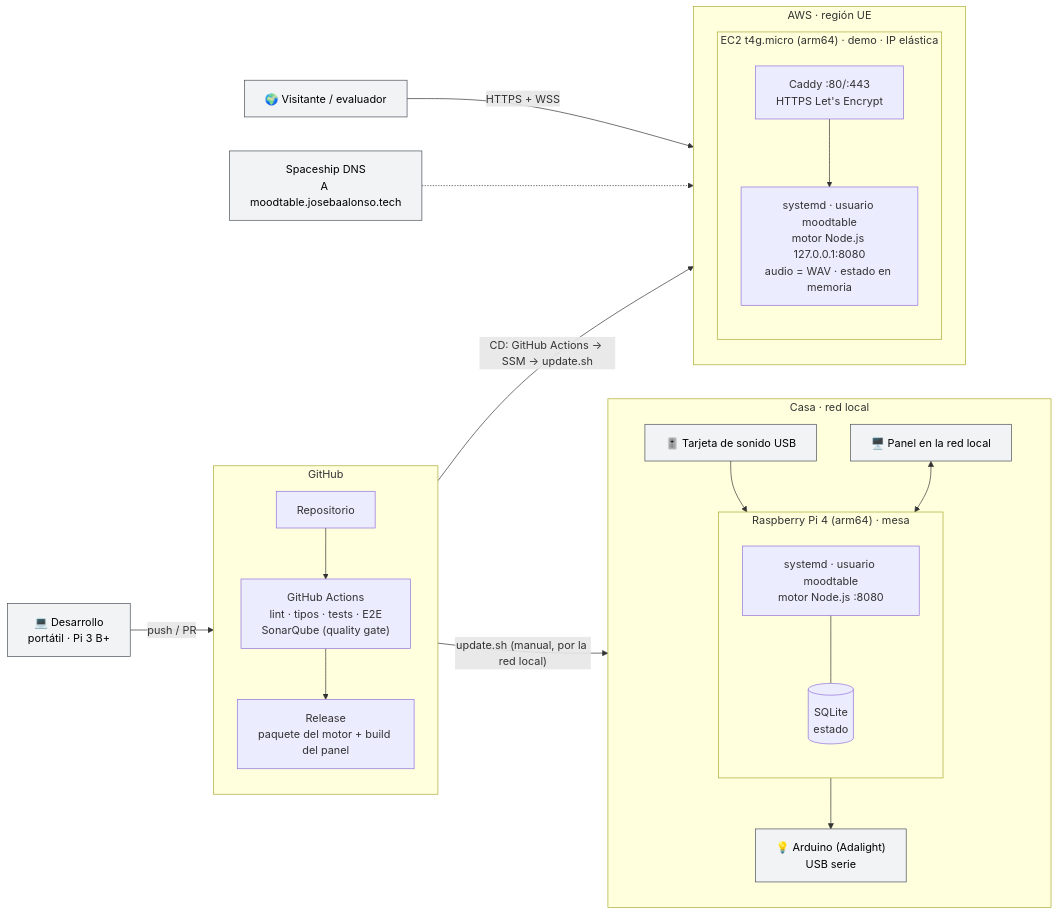
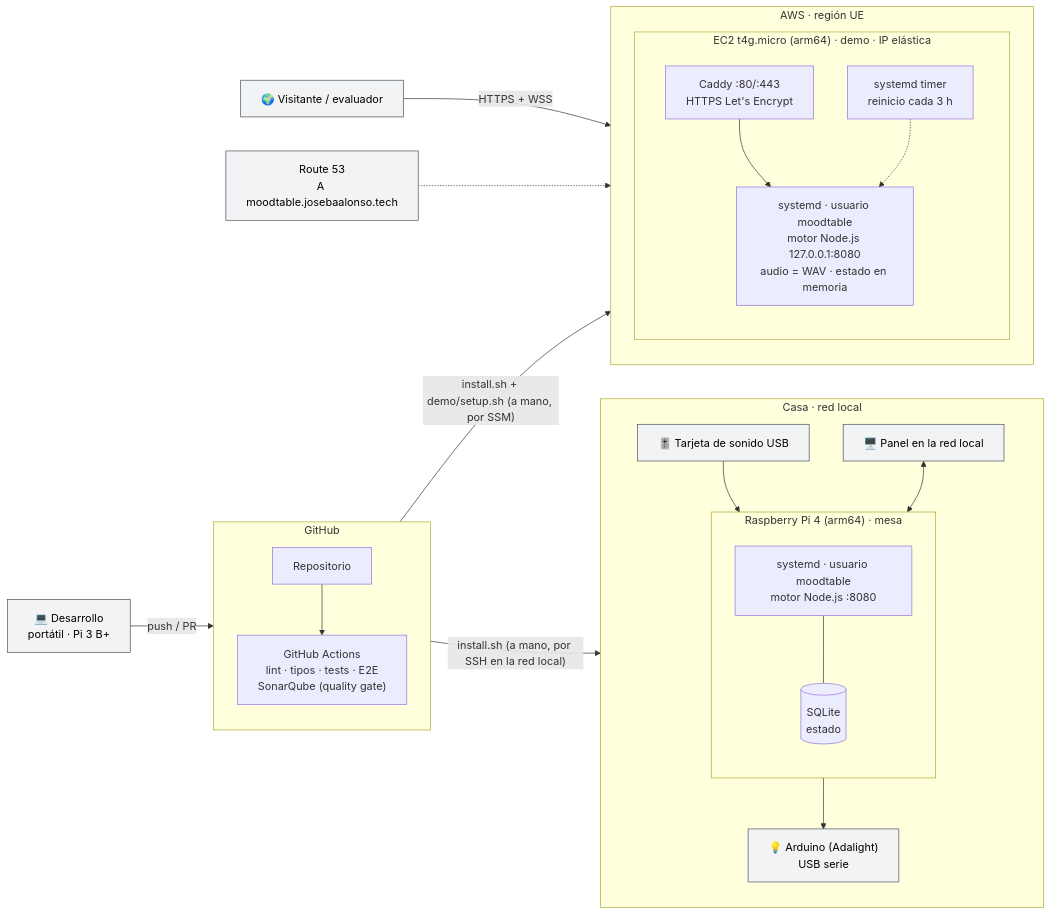
Before and after one commit to 7daysofrain/mood-table-v2: the third of 4 diagrams in readme.md, drawn with Mermaid. The commit also changed other lines of this file and 10 other files, not shown here.

First line of the commit message:
Desplegar a mano la demo pública en EC2, sin despliegue continuo (#195)

````diff
--- a/readme.md
+++ b/readme.md
@@ -523,50 +519,51 @@
 ```mermaid
 flowchart LR
   dev["💻 Desarrollo<br/>portátil · Pi 3 B+"]
 
   subgraph gh["GitHub"]
     direction TB
     repo["Repositorio"]
     ci["GitHub Actions<br/>lint · tipos · tests · E2E<br/>SonarQube (quality gate)"]
-    rel["Release<br/>paquete del motor + build del panel"]
-    repo --> ci --> rel
+    repo --> ci
   end
 
   subgraph home["Casa · red local"]
     direction TB
     subgraph pi["Raspberry Pi 4 (arm64) · mesa"]
       direction TB
       svcPi["systemd · usuario moodtable<br/>motor Node.js :8080"]
       db[("SQLite<br/>estado")]
       svcPi --- db
     end
     lb["💡 Arduino (Adalight)<br/>USB serie"]
     snd["🎚️ Tarjeta de sonido USB"]
     lan["🖥️ Panel en la red local"]
     svcPi --> lb
     snd --> svcPi
     lan <--> svcPi
   end
 
   subgraph aws["AWS · región UE"]
     direction TB
     subgraph ec2["EC2 t4g.micro (arm64) · demo · IP elástica"]
       direction TB
       caddy["Caddy :80/:443<br/>HTTPS Let's Encrypt"]
       svcDemo["systemd · usuario moodtable<br/>motor Node.js 127.0.0.1:8080<br/>audio = WAV · estado en memoria"]
+      timer["systemd timer<br/>reinicio cada 3 h"]
       caddy --> svcDemo
+      timer -.-> svcDemo
     end
   end
 
-  dns["Spaceship DNS<br/>A moodtable.josebaalonso.tech"]
+  dns["Route 53<br/>A moodtable.josebaalonso.tech"]
   visitor["🌍 Visitante / evaluador"]
 
   dev -- "push / PR" --> repo
-  rel -- "update.sh (manual, por la red local)" --> svcPi
-  rel -- "CD: GitHub Actions → SSM → update.sh" --> svcDemo
+  repo -- "install.sh (a mano, por SSH en la red local)" --> svcPi
+  repo -- "install.sh + demo/setup.sh (a mano, por SSM)" --> svcDemo
   visitor -- "HTTPS + WSS" --> caddy
   dns -.-> caddy
 
   classDef ext fill:#f1f3f5,stroke:#495057,color:#000
   class dev,visitor,dns,lb,snd,lan ext
 ```
````
